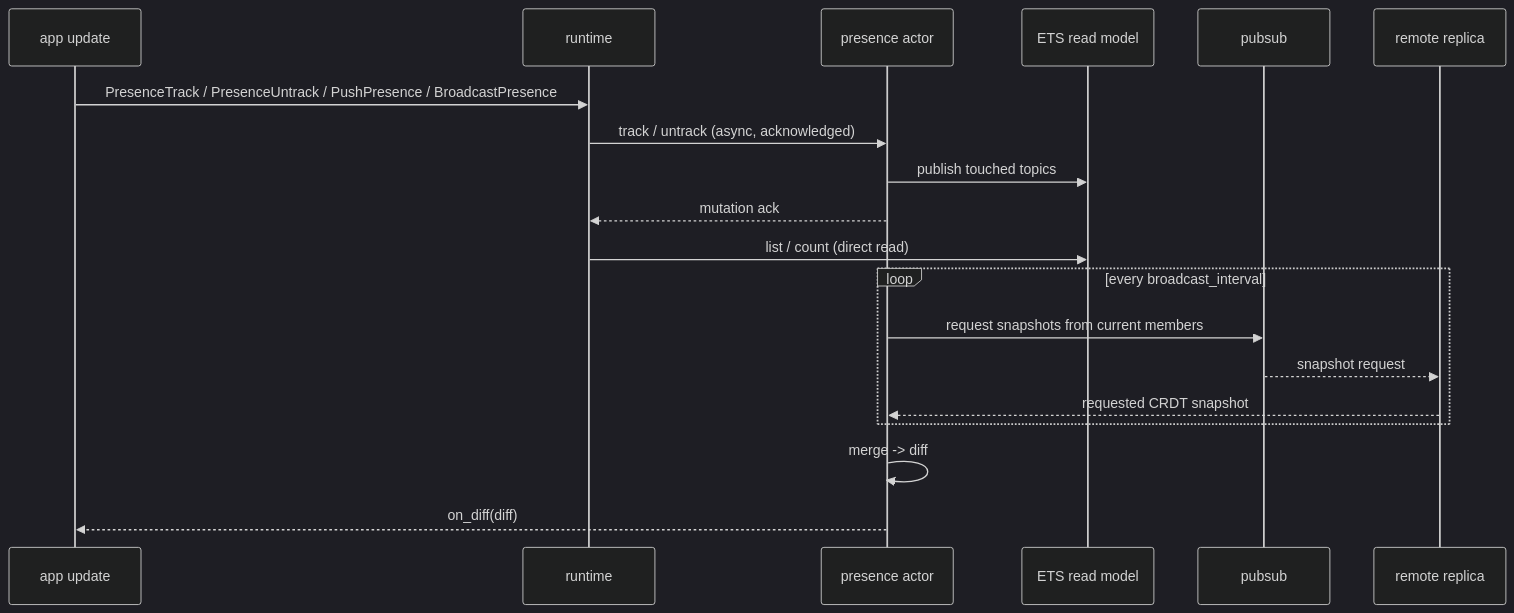
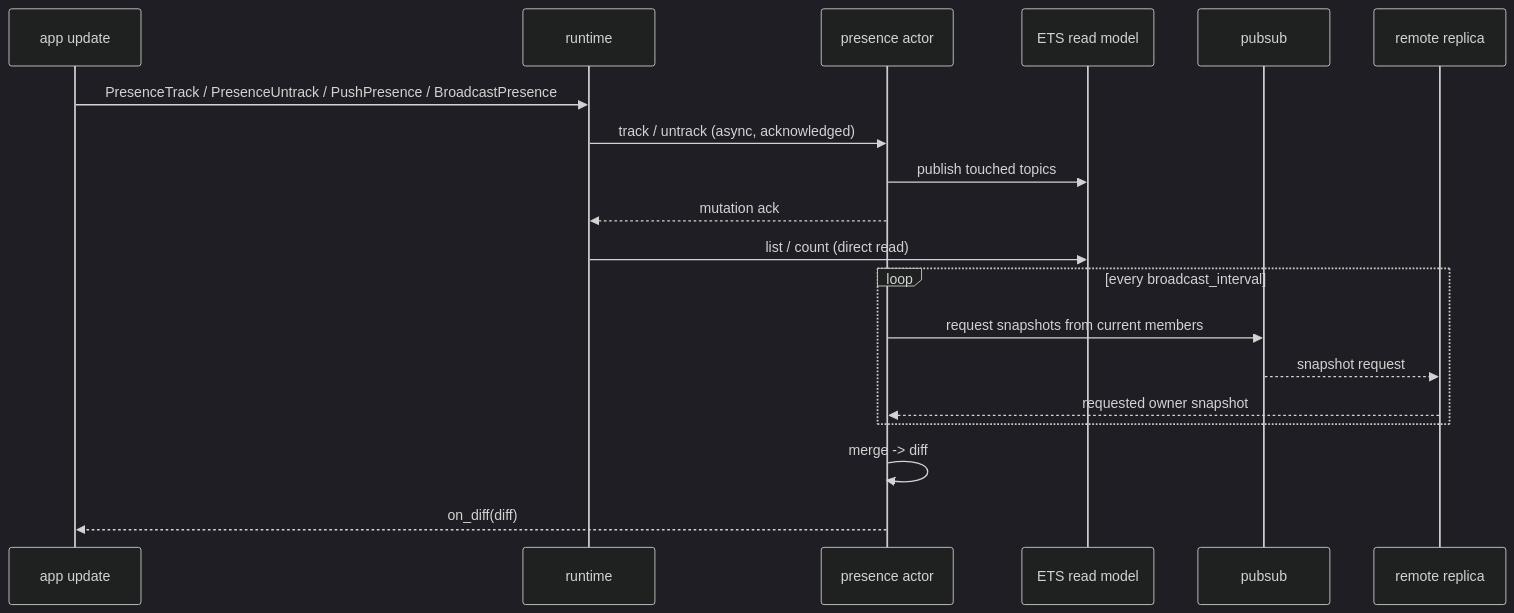
The diagram in website/src/content/docs/architecture/presence.md (tylerbutler/beryl), drawn with Mermaid (dark theme) before and after one commit. The commit also changed other lines of this file and 6 other files, not shown here.

````diff
--- a/website/src/content/docs/architecture/presence.md
+++ b/website/src/content/docs/architecture/presence.md
@@ -173,21 +222,21 @@
 ```mermaid
 sequenceDiagram
   participant App as app update
   participant Runtime as runtime
   participant Pres as presence actor
   participant Read as ETS read model
   participant PS as pubsub
   participant Remote as remote replica
   App->>Runtime: PresenceTrack / PresenceUntrack / PushPresence / BroadcastPresence
   Runtime->>Pres: track / untrack (async, acknowledged)
   Pres->>Read: publish touched topics
   Pres-->>Runtime: mutation ack
   Runtime->>Read: list / count (direct read)
   loop every broadcast_interval
     Pres->>PS: request snapshots from current members
     PS-->>Remote: snapshot request
-    Remote-->>Pres: requested CRDT snapshot
+    Remote-->>Pres: requested owner snapshot
   end
   Pres->>Pres: merge -> diff
   Pres-->>App: on_diff(diff)
 ```
````
